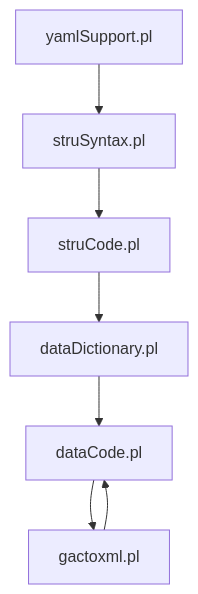
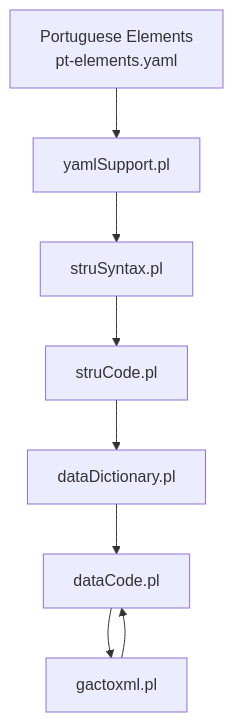
The sixth of 6 diagrams in .qoder/repowiki/en/content/Structure Definition System/Element Definitions.md (time-link/timelink-kleio), drawn with Mermaid before and after one commit. The commit also changed other lines of this file and 189 other files, not shown here.

````diff
--- a/.qoder/repowiki/en/content/Structure Definition System/Element Definitions.md
+++ b/.qoder/repowiki/en/content/Structure Definition System/Element Definitions.md
@@ -286,9 +384,10 @@
 ```mermaid
 graph TB
 Y["yamlSupport.pl"] --> S["struSyntax.pl"]
 S --> SC["struCode.pl"]
 SC --> DD["dataDictionary.pl"]
 DD --> DC["dataCode.pl"]
 DC --> GX["gactoxml.pl"]
 GX --> DC
+PT["Portuguese Elements<br/>pt-elements.yaml"] --> Y
 ```
````
